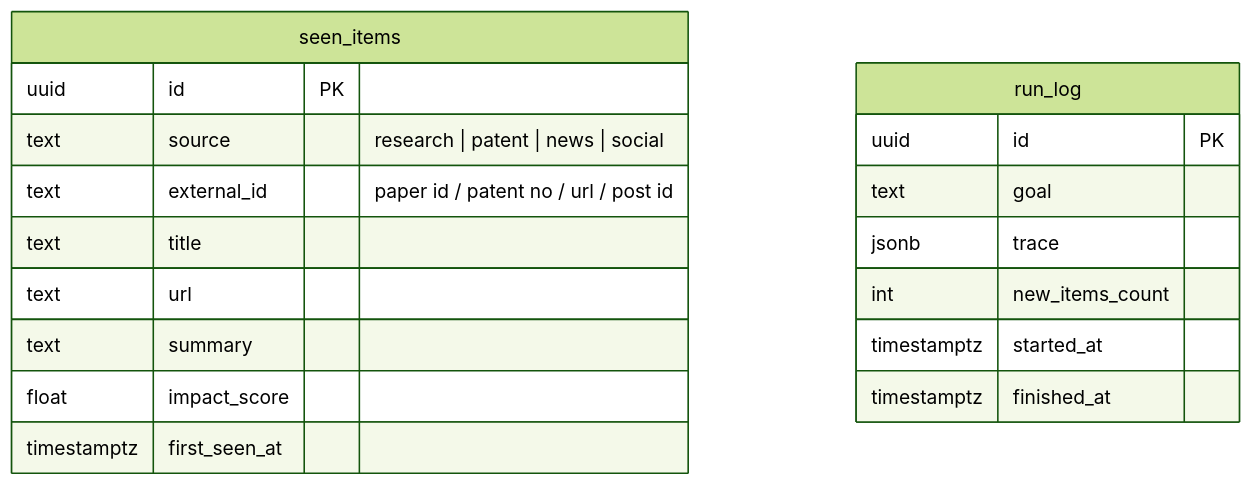
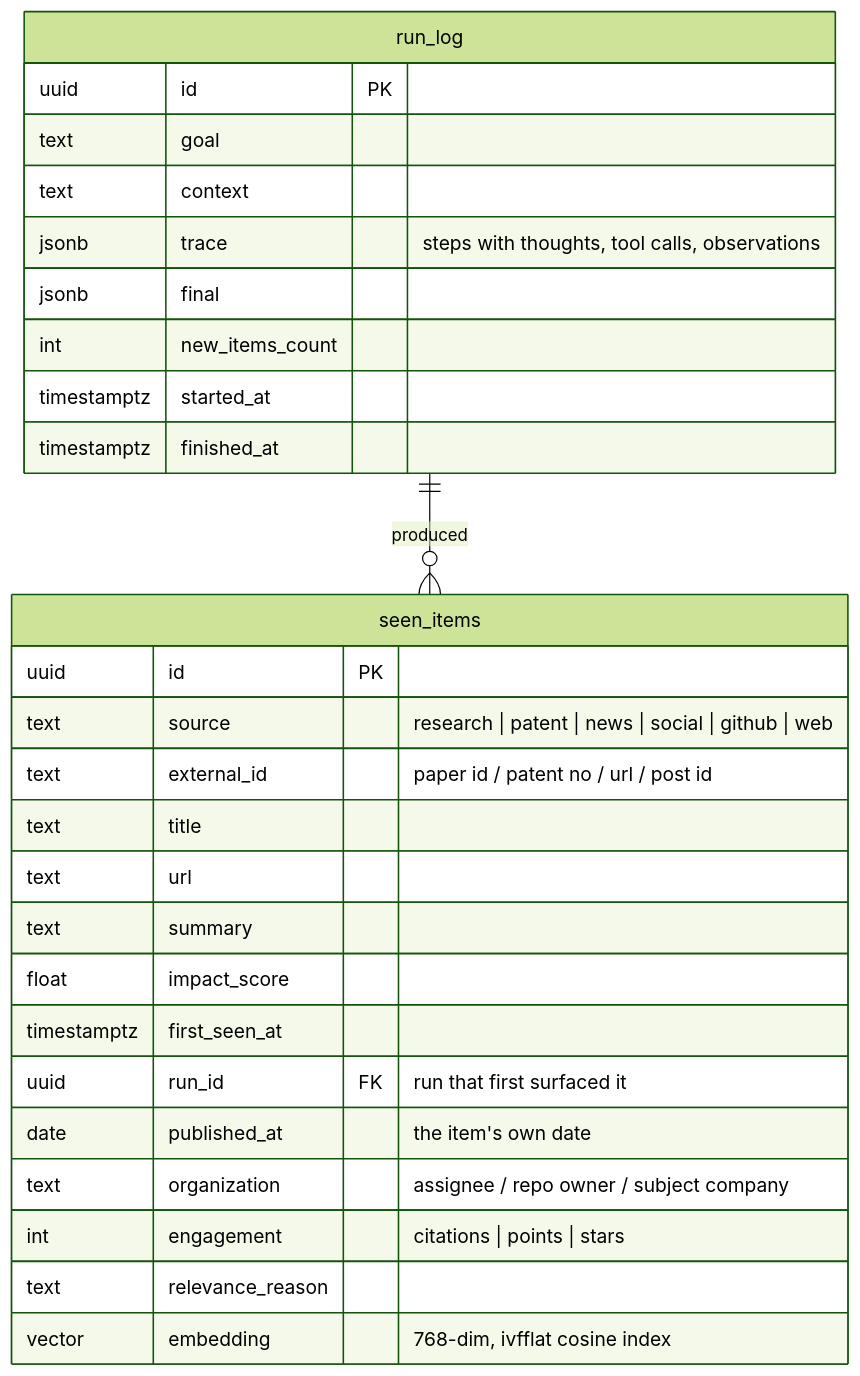
Before and after one commit to ByteNinjaSmit/Agentx: the fourth of 6 diagrams in docs/ARCHITECTURE.md, drawn with Mermaid (forest theme). The commit also changed other lines of this file and 18 other files, not shown here.

````diff
--- a/docs/ARCHITECTURE.md
+++ b/docs/ARCHITECTURE.md
@@ -129,21 +149,30 @@
 ```mermaid
 erDiagram
+    run_log ||--o{ seen_items : produced
     seen_items {
         uuid id PK
-        text source "research | patent | news | social"
+        text source "research | patent | news | social | github | web"
         text external_id "paper id / patent no / url / post id"
         text title
         text url
         text summary
         float impact_score
         timestamptz first_seen_at
+        uuid run_id FK "run that first surfaced it"
+        date published_at "the item's own date"
+        text organization "assignee / repo owner / subject company"
+        int engagement "citations | points | stars"
+        text relevance_reason
+        vector embedding "768-dim, ivfflat cosine index"
     }
     run_log {
         uuid id PK
         text goal
-        jsonb trace
+        text context
+        jsonb trace "steps with thoughts, tool calls, observations"
+        jsonb final
         int new_items_count
         timestamptz started_at
         timestamptz finished_at
     }
 ```
````
